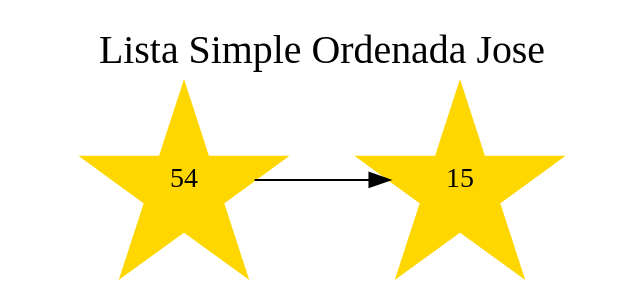
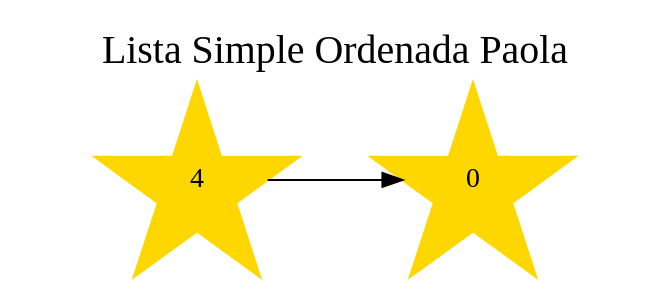
Before and after one commit to JoseMorente98/EDD-Proyecto-1: the diagram in EDD_1S2020_PY1_201801237/TableroPuntuacionJugadorLS.dot, drawn with Graphviz. The commit also changed 58 other files, not shown here.

```diff
--- a/EDD_1S2020_PY1_201801237/TableroPuntuacionJugadorLS.dot
+++ b/EDD_1S2020_PY1_201801237/TableroPuntuacionJugadorLS.dot
@@ -1,5 +1,5 @@
 digraph TableroPuntuacion {
- rankdir = LR; node[shape = star, fontcolor = black, style = filled, color = gold];graph[label = "Lista Simple Ordenada Jose", labelloc = t, fontsize = 20];Object0 [label = "15"];
-Object1 [label = "54"];
+ rankdir = LR; node[shape = star, fontcolor = black, style = filled, color = gold];graph[label = "Lista Simple Ordenada Paola", labelloc = t, fontsize = 20];Object0 [label = "0"];
+Object1 [label = "4"];
 Object1->Object0;
 }
```
